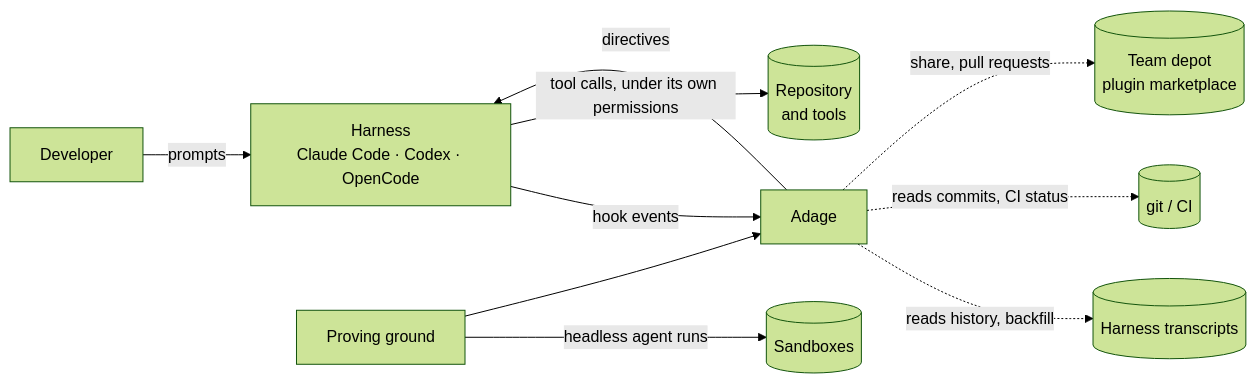
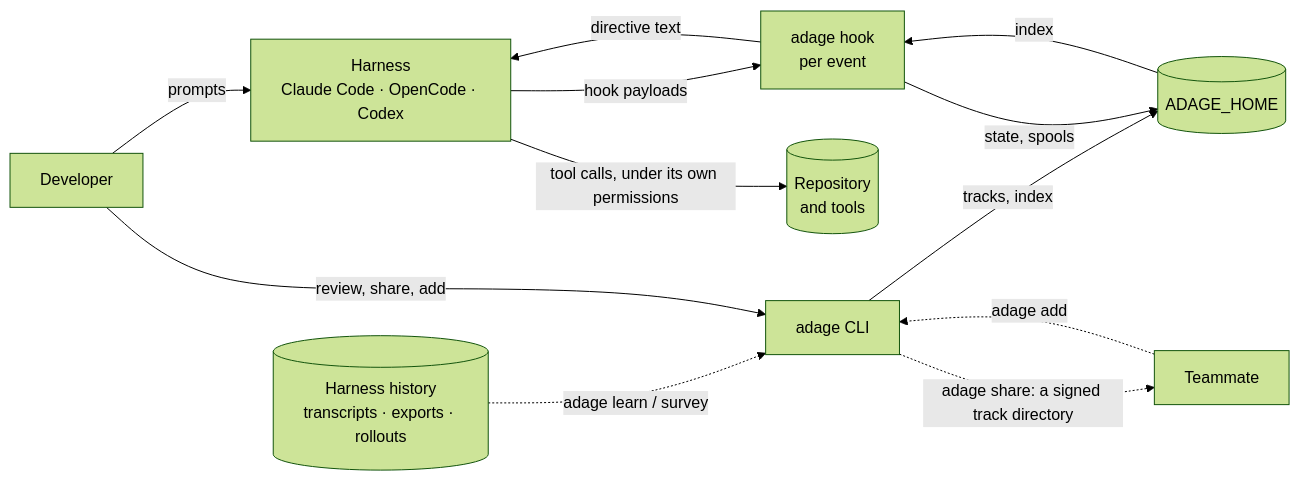
The first of 4 diagrams in docs/Adage — Architecture.md (stevenvaughanbooth/adage), drawn with Mermaid (forest theme) before and after one commit. The commit also changed other lines of this file, not shown here.

First line of the commit message:
Architecture draft 3, as built

````diff
--- a/docs/Adage — Architecture.md
+++ b/docs/Adage — Architecture.md
@@ -40,12 +46,14 @@
 ```mermaid
 flowchart LR
-  Dev[Developer] -->|prompts| H[Harness<br/>Claude Code · Codex · OpenCode]
-  H -->|hook events| A[Adage]
-  A -->|directives| H
+  Dev[Developer] -->|prompts| H[Harness<br/>Claude Code · OpenCode · Codex]
+  H -->|hook payloads| A[adage hook<br/>per event]
+  A -->|directive text| H
   H -->|tool calls, under its own permissions| R[(Repository<br/>and tools)]
-  A -.->|reads history, backfill| T[(Harness transcripts)]
-  A -.->|reads commits, CI status| G[(git / CI)]
-  A -.->|share, pull requests| D[(Team depot<br/>plugin marketplace)]
-  P[Proving ground] -->|headless agent runs| S[(Sandboxes)]
-  P --> A
+  T[(Harness history<br/>transcripts · exports · rollouts)] -.->|adage learn / survey| L[adage CLI]
+  L -->|tracks, index| D[(ADAGE_HOME)]
+  A -->|state, spools| D
+  D -->|index| A
+  L -.->|adage share: a signed track directory| P[Teammate]
+  P -.->|adage add| L
+  Dev -->|review, share, add| L
 ```
````
